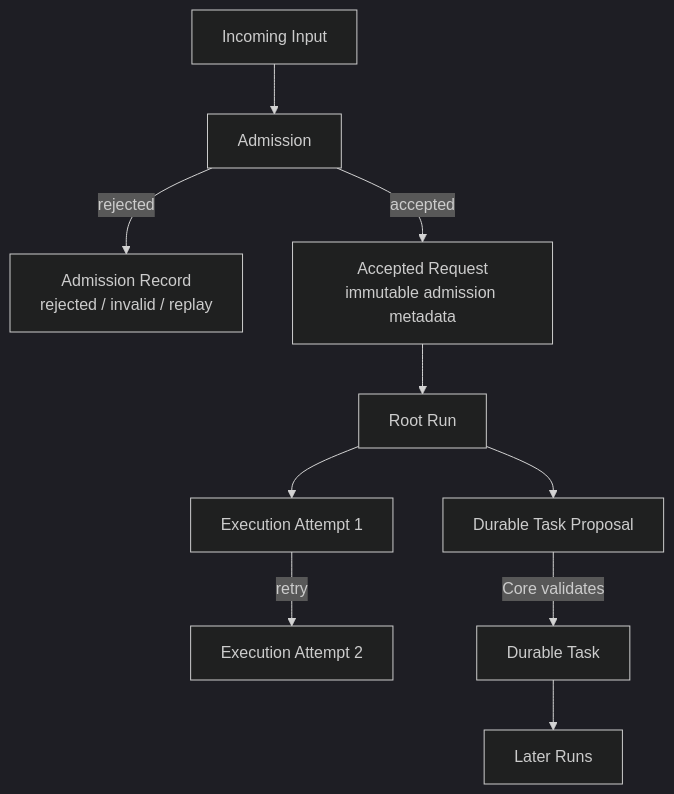
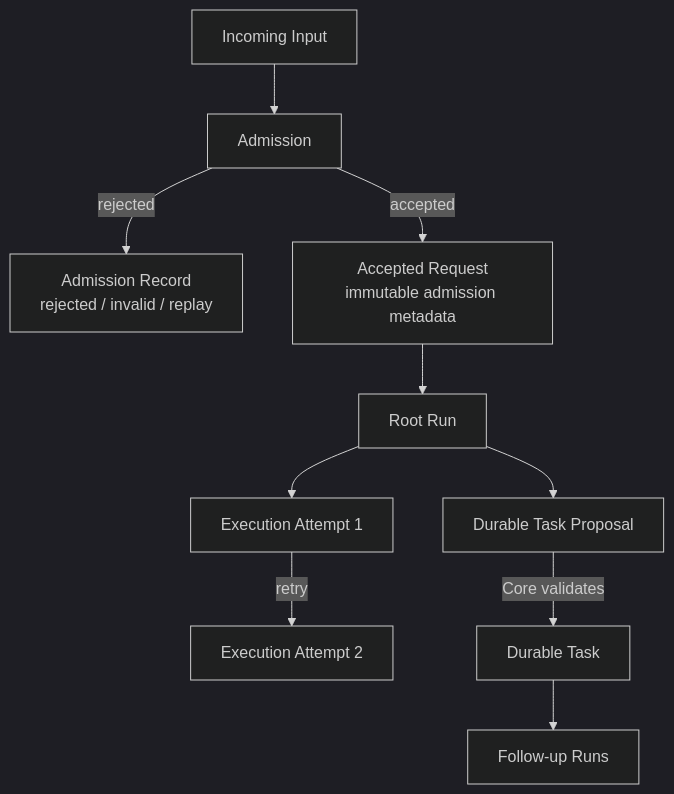
The first of 2 diagrams in docs/responsibility-matrix.md (wzw57/OpenShadow), drawn with Mermaid (dark theme) before and after one commit.

Commit message:
docs: clarify follow-up run diagram

```diff
--- a/docs/responsibility-matrix.md
+++ b/docs/responsibility-matrix.md
@@ -49,23 +49,23 @@
 ~~~mermaid
 flowchart TB
     INPUT["Incoming Input"]
     ADMISSION["Admission"]
     REJECTED["Admission Record<br/>rejected / invalid / replay"]
     REQUEST["Accepted Request<br/>immutable admission metadata"]
     RUN["Root Run"]
     A1["Execution Attempt 1"]
     A2["Execution Attempt 2"]
     PROPOSAL["Durable Task Proposal"]
     TASK["Durable Task"]
-    LATER["Later Runs"]
+    FOLLOWUP["Follow-up Runs"]
 
     INPUT --> ADMISSION
     ADMISSION -->|"rejected"| REJECTED
     ADMISSION -->|"accepted"| REQUEST
     REQUEST --> RUN
     RUN --> A1
     A1 -->|"retry"| A2
     RUN --> PROPOSAL
     PROPOSAL -->|"Core validates"| TASK
-    TASK --> LATER
+    TASK --> FOLLOWUP
 ~~~
```
